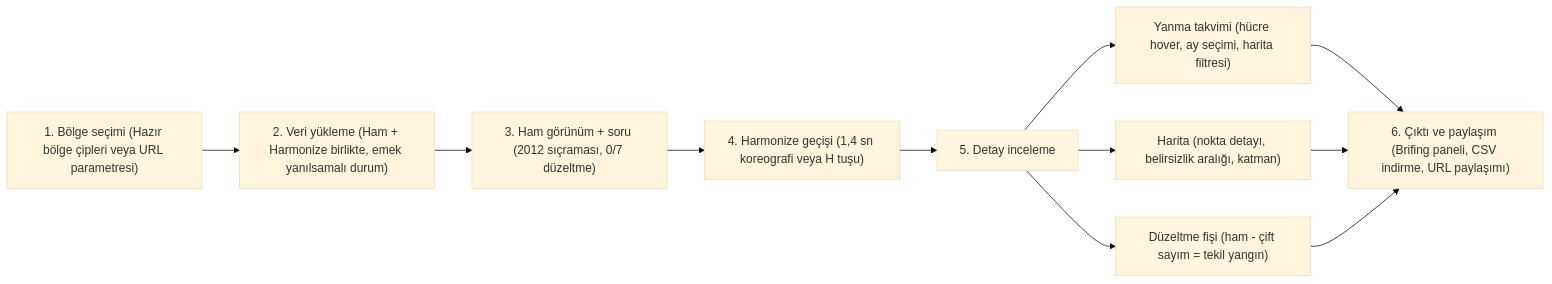
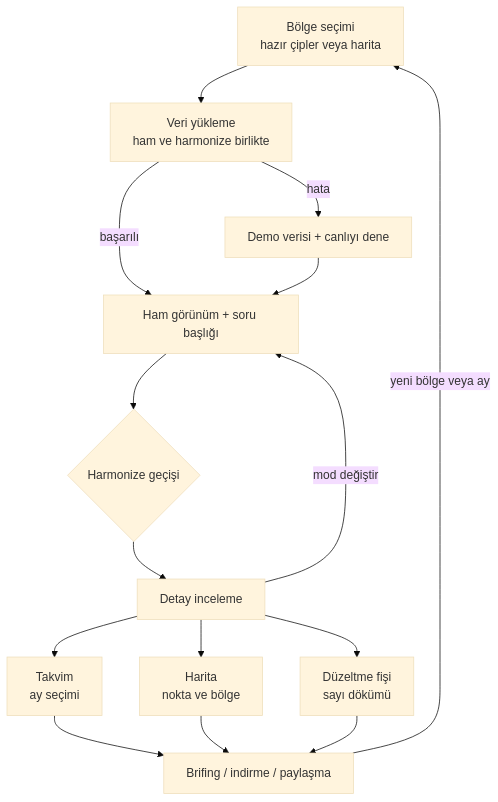
One commit to TeamMagi/SpaceApps2026-MODIS-VIIRS changed the first of 2 diagrams in docs/TASARIM_KONSEPT.md. Above: the diagram before and after it, drawn with Mermaid (base theme). The commit also changed other lines of this file and 162 other files, not shown here.

````diff
--- a/docs/TASARIM_KONSEPT.md
+++ b/docs/TASARIM_KONSEPT.md
@@ -33,13 +53,17 @@
 ```mermaid
-flowchart LR
-    A["1. Bölge seçimi (Hazır bölge çipleri veya URL parametresi)"] --> B["2. Veri yükleme (Ham + Harmonize birlikte, emek yanılsamalı durum)"]
-    B --> C["3. Ham görünüm + soru (2012 sıçraması, 0/7 düzeltme)"]
-    C --> D["4. Harmonize geçişi (1,4 sn koreografi veya H tuşu)"]
-    D --> E["5. Detay inceleme"]
-    E --> E1["Yanma takvimi (hücre hover, ay seçimi, harita filtresi)"]
-    E --> E2["Harita (nokta detayı, belirsizlik aralığı, katman)"]
-    E --> E3["Düzeltme fişi (ham - çift sayım = tekil yangın)"]
-    E1 --> F["6. Çıktı ve paylaşım (Brifing paneli, CSV indirme, URL paylaşımı)"]
-    E2 --> F
-    E3 --> F
+flowchart TD
+    A["Bölge seçimi<br/>hazır çipler veya harita"] --> B["Veri yükleme<br/>ham ve harmonize birlikte"]
+    B -->|başarılı| C["Ham görünüm + soru başlığı"]
+    B -->|hata| D["Demo verisi + canlıyı dene"]
+    D --> C
+    C --> E{"Harmonize geçişi"}
+    E --> F["Detay inceleme"]
+    F --> G["Takvim<br/>ay seçimi"]
+    F --> H["Harita<br/>nokta ve bölge"]
+    F --> I["Düzeltme fişi<br/>sayı dökümü"]
+    G --> J["Brifing / indirme / paylaşma"]
+    H --> J
+    I --> J
+    J -->|yeni bölge veya ay| A
+    F -->|mod değiştir| C
 ```
````
